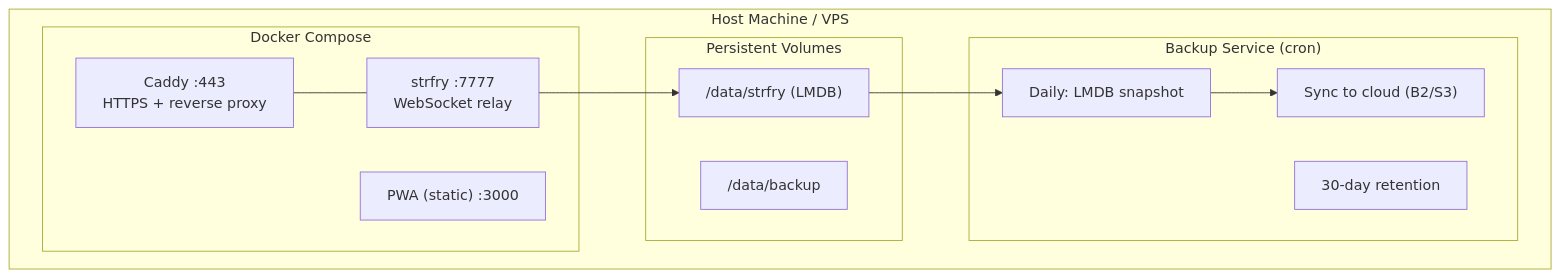
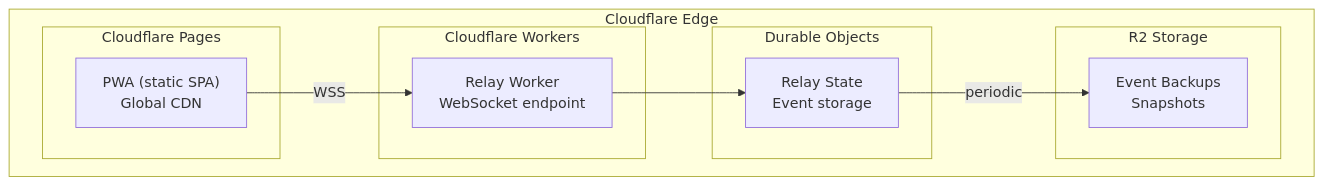
One commit to jjohare/minimoonoir changed the tenth of 10 diagrams in docs/sparc/02-architecture.md. Above: the diagram before and after it, drawn with Mermaid. The commit also changed other lines of this file and 27 other files, not shown here.

First line of the commit message:
chore: deprecate Docker architecture, update docs for serverless

````diff
--- a/docs/sparc/02-architecture.md
+++ b/docs/sparc/02-architecture.md
@@ -499,27 +504,24 @@
 ```mermaid
 graph TB
-    subgraph Host["Host Machine / VPS"]
-        subgraph Docker["Docker Compose"]
-            Caddy["Caddy :443<br/>HTTPS + reverse proxy"]
-            Strfry["strfry :7777<br/>WebSocket relay"]
-            PWA["PWA (static) :3000"]
-
-            Caddy --- Strfry
+    subgraph Cloudflare["Cloudflare Edge"]
+        subgraph Pages["Cloudflare Pages"]
+            PWA["PWA (static SPA)<br/>Global CDN"]
         end
 
-        subgraph Volumes["Persistent Volumes"]
-            LMDB["/data/strfry (LMDB)"]
-            BackupDir["/data/backup"]
+        subgraph Workers["Cloudflare Workers"]
+            Relay["Relay Worker<br/>WebSocket endpoint"]
         end
 
-        subgraph BackupService["Backup Service (cron)"]
-            Daily["Daily: LMDB snapshot"]
-            Cloud["Sync to cloud (B2/S3)"]
-            Retention["30-day retention"]
+        subgraph DO["Durable Objects"]
+            State["Relay State<br/>Event storage"]
         end
 
-        Strfry --> LMDB
-        LMDB --> Daily
-        Daily --> Cloud
+        subgraph Storage["R2 Storage"]
+            Backup["Event Backups<br/>Snapshots"]
+        end
+
+        PWA -->|"WSS"| Relay
+        Relay --> State
+        State -->|"periodic"| Backup
     end
 ```
````
